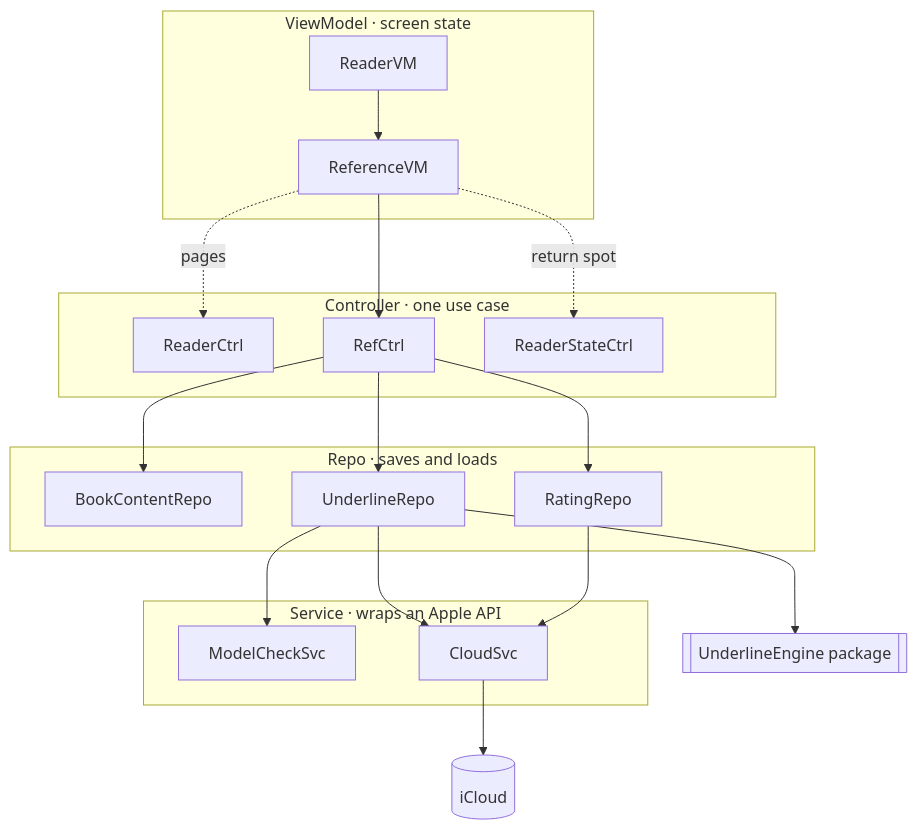
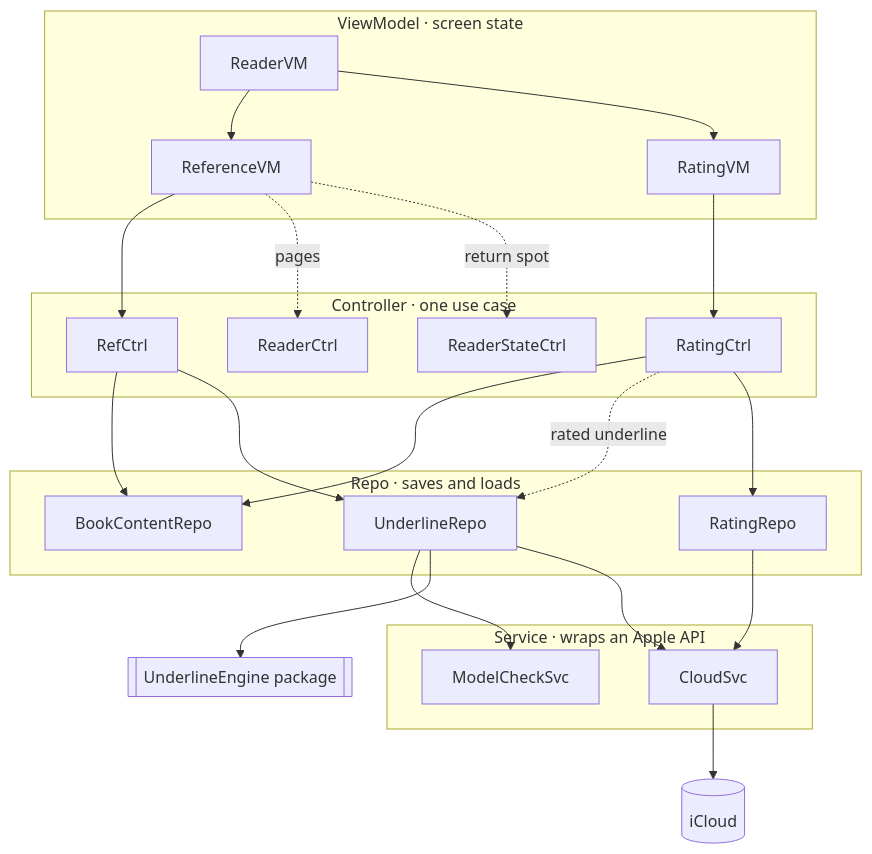
One commit to AftrHours/iRead changed the diagram in docs/diagrams/02d-architecture-underlines.mmd. Above: the diagram before and after it, drawn with Mermaid. The commit also changed 27 other files, not shown here.

Commit message:
refactor: [SN] split ratings into RatingCtrl/RatingVM and save SavedUnderline instead of engine types

```diff
--- a/docs/diagrams/02d-architecture-underlines.mmd
+++ b/docs/diagrams/02d-architecture-underlines.mmd
@@ -1,36 +1,42 @@
 flowchart TB
   subgraph ViewModel["ViewModel · screen state"]
     ReaderVM
     ReferenceVM
+    RatingVM
   end
   subgraph Controller["Controller · one use case"]
     ReaderCtrl
     RefCtrl
+    RatingCtrl
     ReaderStateCtrl
   end
   subgraph Repo["Repo · saves and loads"]
     BookContentRepo
     UnderlineRepo
     RatingRepo
   end
   subgraph Service["Service · wraps an Apple API"]
     ModelCheckSvc
     CloudSvc
   end
   Engine[[UnderlineEngine package]]
   iCloud[(iCloud)]
 
   ReaderVM --> ReferenceVM
+  ReaderVM --> RatingVM
   ReferenceVM --> RefCtrl
   ReferenceVM -. pages .-> ReaderCtrl
   ReferenceVM -. return spot .-> ReaderStateCtrl
+  RatingVM --> RatingCtrl
 
   RefCtrl --> BookContentRepo
   RefCtrl --> UnderlineRepo
-  RefCtrl --> RatingRepo
+  RatingCtrl --> BookContentRepo
+  RatingCtrl -. rated underline .-> UnderlineRepo
+  RatingCtrl --> RatingRepo
 
   UnderlineRepo --> ModelCheckSvc
   UnderlineRepo --> Engine
   UnderlineRepo --> CloudSvc
   RatingRepo --> CloudSvc
   CloudSvc --> iCloud
```
